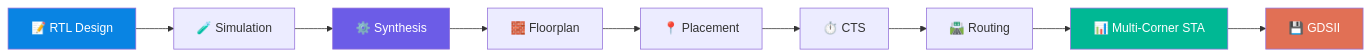
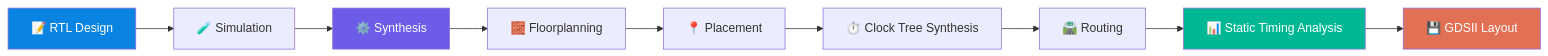
The third of 3 diagrams in Four-Slot-Smart-Parking-ASIC/README.md (Sushmitha761/VSD_RTL-Design-Workshop1), drawn with Mermaid before and after one commit. The commit also changed other lines of this file, not shown here.

````diff
--- a/Four-Slot-Smart-Parking-ASIC/README.md
+++ b/Four-Slot-Smart-Parking-ASIC/README.md
@@ -104,15 +236,16 @@
 ```mermaid
 flowchart LR
     A["📝 RTL Design"] --> B["🧪 Simulation"]
     B --> C["⚙️ Synthesis"]
-    C --> D["🧱 Floorplan"]
+    C --> D["🧱 Floorplanning"]
     D --> E["📍 Placement"]
-    E --> F["⏱️ CTS"]
+    E --> F["⏱️ Clock Tree Synthesis"]
     F --> G["🛣️ Routing"]
-    G --> H["📊 Multi-Corner STA"]
-    H --> I["💾 GDSII"]
+    G --> H["📊 Static Timing Analysis"]
+    H --> I["💾 GDSII Layout"]
+
     style A fill:#0984E3,color:#FFFFFF
     style C fill:#6C5CE7,color:#FFFFFF
     style H fill:#00B894,color:#FFFFFF
     style I fill:#E17055,color:#FFFFFF
 ```
````
